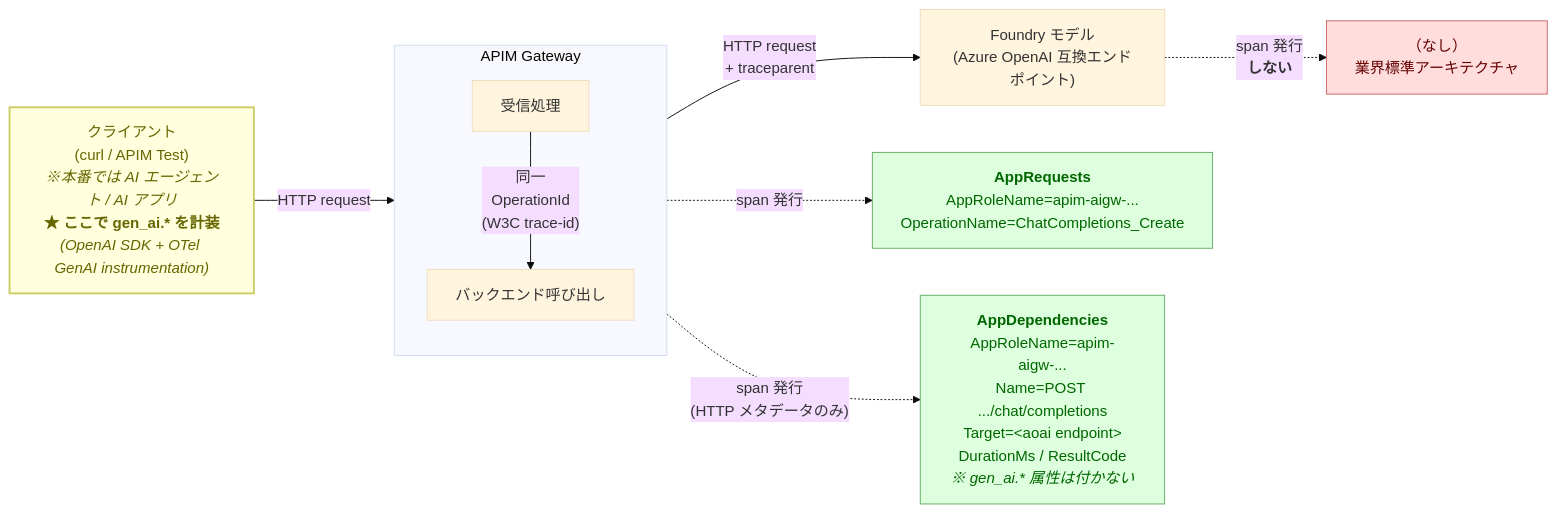
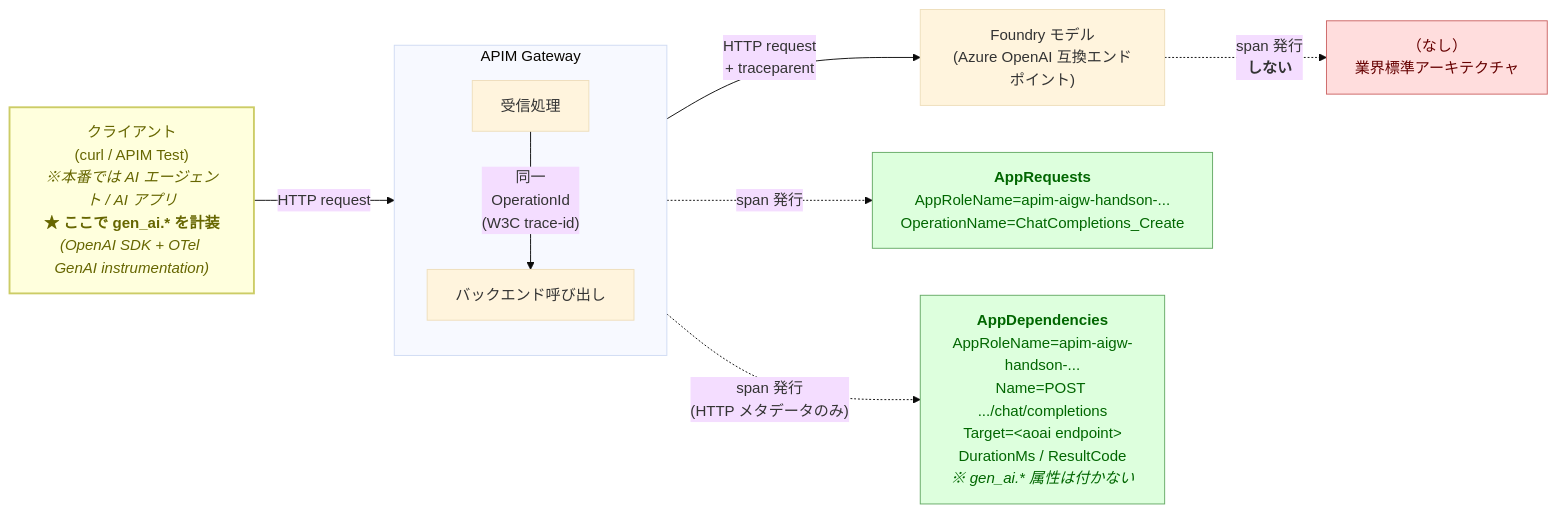
Before and after one commit to ketana0224/ai_gateway_multi: the diagram in docs/labs/lab6.md, drawn with Mermaid (base theme). The commit also changed other lines of this file and 12 other files, not shown here.

First line of the commit message:
docs: handson リネーム (apim-aigw-handson-, aif-aigw-handson-) と Lab 2/3 トラブルシュート追加

````diff
--- a/docs/labs/lab6.md
+++ b/docs/labs/lab6.md
@@ -90,25 +90,25 @@
 ```mermaid
 flowchart LR
     Client["クライアント<br/>(curl / APIM Test)<br/><i>※本番では AI エージェント / AI アプリ</i><br/><b>★ ここで gen_ai.* を計装</b><br/><i>(OpenAI SDK + OTel GenAI instrumentation)</i>"]
     subgraph APIM["APIM Gateway"]
         direction TB
         Ingress["受信処理"]
         Egress["バックエンド呼び出し"]
         Ingress -->|"同一<br/>OperationId<br/>(W3C trace-id)"| Egress
     end
     Model["Foundry モデル<br/>(Azure OpenAI 互換エンドポイント)"]
 
     Client -->|"HTTP request"| Ingress
     Egress -->|"HTTP request<br/>+ traceparent"| Model
 
-    Ingress -.->|"span 発行"| R["<b>AppRequests</b><br/>AppRoleName=apim-aigw-...<br/>OperationName=ChatCompletions_Create"]
-    Egress -.->|"span 発行<br/>(HTTP メタデータのみ)"| D["<b>AppDependencies</b><br/>AppRoleName=apim-aigw-...<br/>Name=POST .../chat/completions<br/>Target=&lt;aoai endpoint&gt;<br/>DurationMs / ResultCode<br/><i>※ gen_ai.* 属性は付かない</i>"]
+    Ingress -.->|"span 発行"| R["<b>AppRequests</b><br/>AppRoleName=apim-aigw-handson-...<br/>OperationName=ChatCompletions_Create"]
+    Egress -.->|"span 発行<br/>(HTTP メタデータのみ)"| D["<b>AppDependencies</b><br/>AppRoleName=apim-aigw-handson-...<br/>Name=POST .../chat/completions<br/>Target=&lt;aoai endpoint&gt;<br/>DurationMs / ResultCode<br/><i>※ gen_ai.* 属性は付かない</i>"]
     Model -.->|"span 発行<br/><b>しない</b>"| X["（なし）<br/>業界標準アーキテクチャ"]
 
     classDef noSpan fill:#fdd,stroke:#c66,color:#600
     classDef hasSpan fill:#dfd,stroke:#6a6,color:#060
     classDef instrumented fill:#ffd,stroke:#cc6,color:#660,stroke-width:2px
     class X noSpan
     class R,D hasSpan
     class Client instrumented
 ```
````
